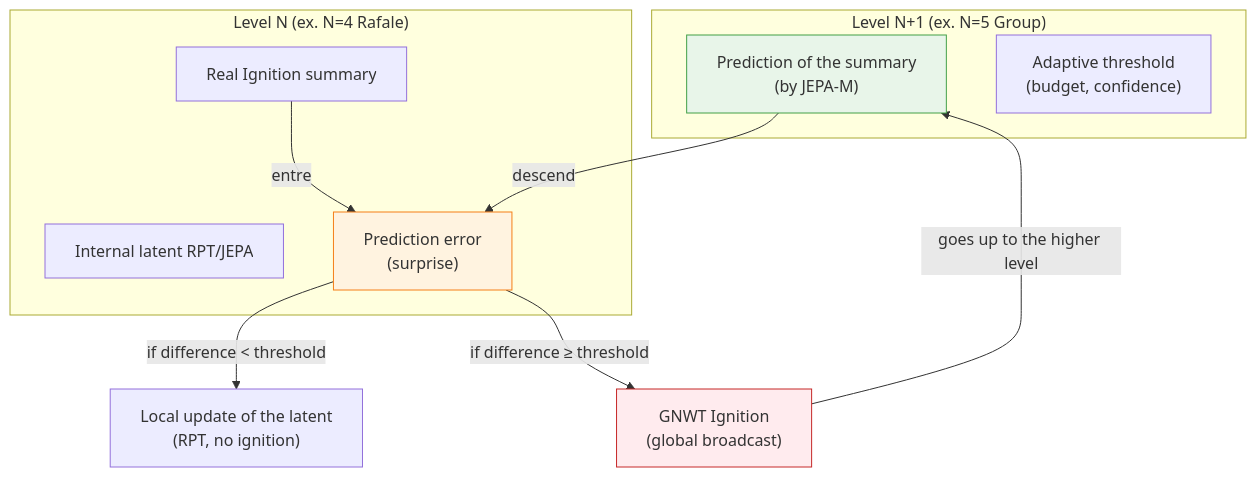
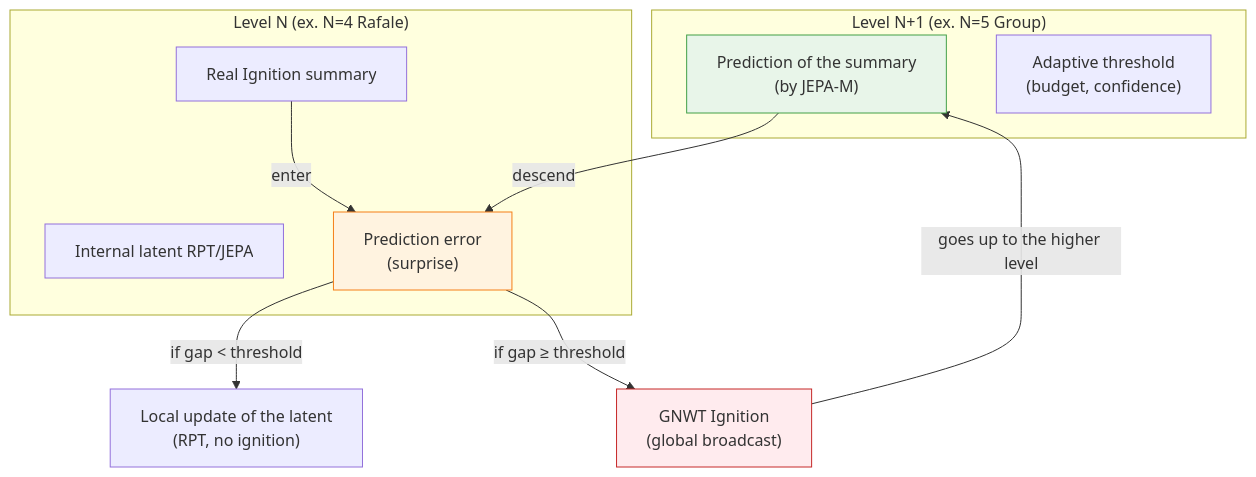
Before and after one commit to AlainCo/GNWT-Garrigue-X-en: the third of 7 diagrams in concepts/concepts.md, drawn with Mermaid. The commit also changed other lines of this file and 23 other files, not shown here.

````diff
--- a/concepts/concepts.md
+++ b/concepts/concepts.md
@@ -124,24 +124,24 @@
 ```mermaid
 flowchart TD
     subgraph NiveauSup ["Level N+1 (ex. N=5 Group)"]
         Pred["Prediction of the summary<br>(by JEPA-M)"]
         Seuil["Adaptive threshold<br>(budget, confidence)"]
     end
 
     subgraph NiveauInf ["Level N (ex. N=4 Rafale)"]
         Latent["Internal latent RPT/JEPA"]
         Ignition["Real Ignition summary"]
         Erreur["Prediction error<br>(surprise)"]
     end
 
     Pred -->|"descend"| Erreur
-    Ignition -->|"entre"| Erreur
-    Erreur -->|"if difference < threshold"| MiseAJour["Local update of the latent<br>(RPT, no ignition)"]
-    Erreur -->|"if difference ≥ threshold"| GNWT["GNWT Ignition<br>(global broadcast)"]
+    Ignition -->|"enter"| Erreur
+    Erreur -->|"if gap < threshold"| MiseAJour["Local update of the latent<br>(RPT, no ignition)"]
+    Erreur -->|"if gap ≥ threshold"| GNWT["GNWT Ignition<br>(global broadcast)"]
 
     GNWT -->|"goes up to the higher level"| Pred
 
     style Pred fill:#e8f5e9,stroke:#43a047
     style Erreur fill:#fff3e0,stroke:#f57f17
     style GNWT fill:#ffebee,stroke:#c62828
 ```
````
